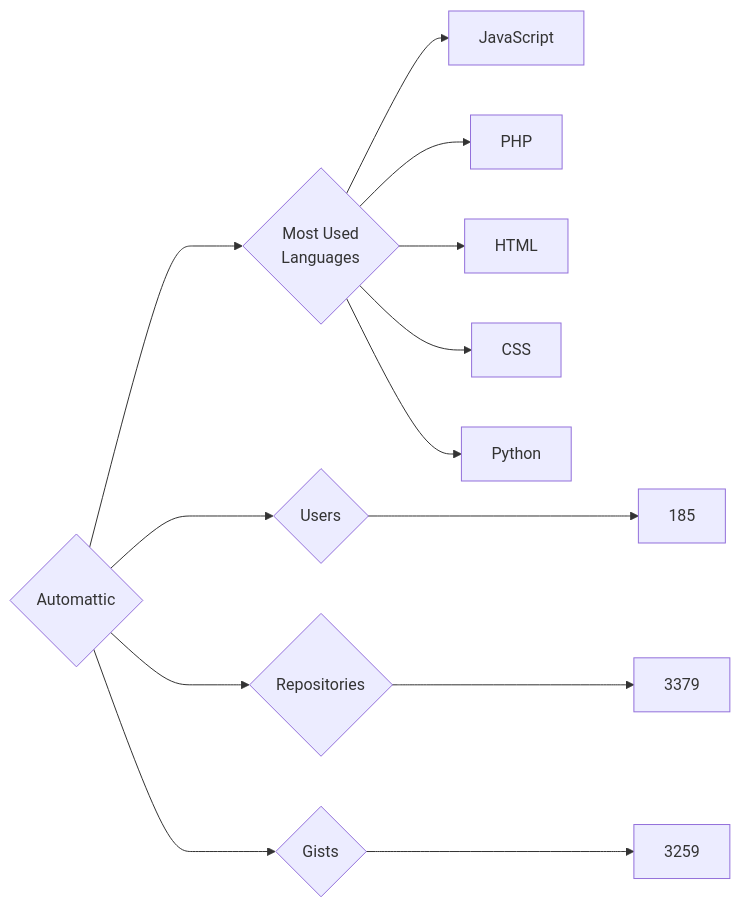
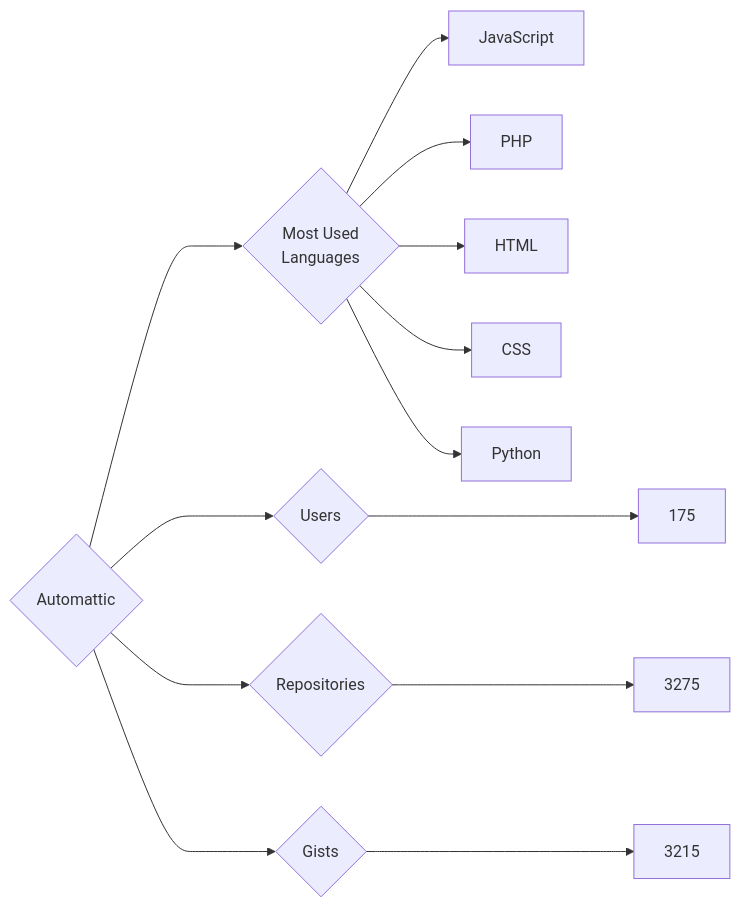
The diagram in targets/Automattic/README.md (trickest/insiders), drawn with Mermaid before and after one commit. The commit also changed 693 other files, not shown here.

````diff
--- a/targets/Automattic/README.md
+++ b/targets/Automattic/README.md
@@ -3,13 +3,13 @@
 ```mermaid
 graph LR
 COMPANY_NAME{Automattic}
-COMPANY_NAME ---> U{Users} ---> UN[185]
-COMPANY_NAME ---> R{Repositories} ---> RN[3379]
-COMPANY_NAME ---> G{Gists} ---> GN[3259]
+COMPANY_NAME ---> U{Users} ---> UN[175]
+COMPANY_NAME ---> R{Repositories} ---> RN[3275]
+COMPANY_NAME ---> G{Gists} ---> GN[3215]
 COMPANY_NAME ---> ML{Most Used<br>Languages}
 ML --> JavaScript[JavaScript]
 ML --> PHP[PHP]
 ML --> HTML[HTML]
 ML --> CSS[CSS]
 ML --> Python[Python]
 ```
````
